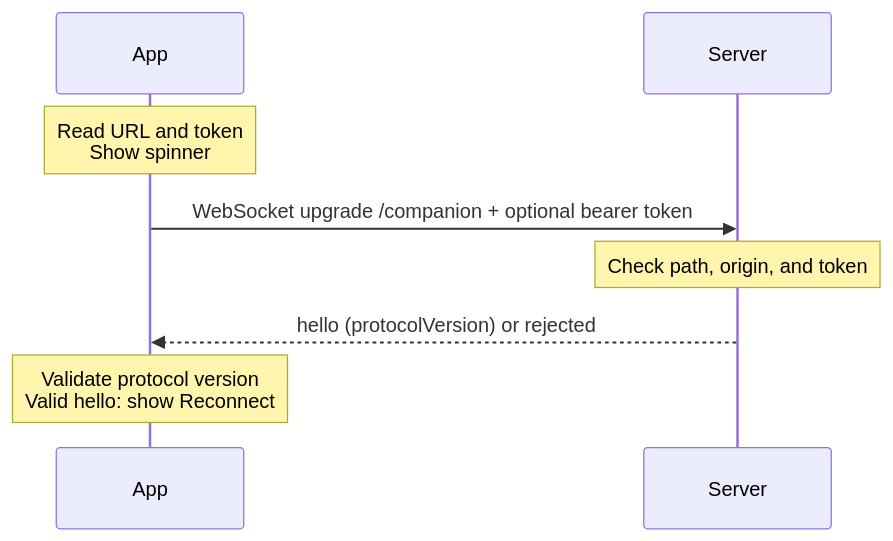
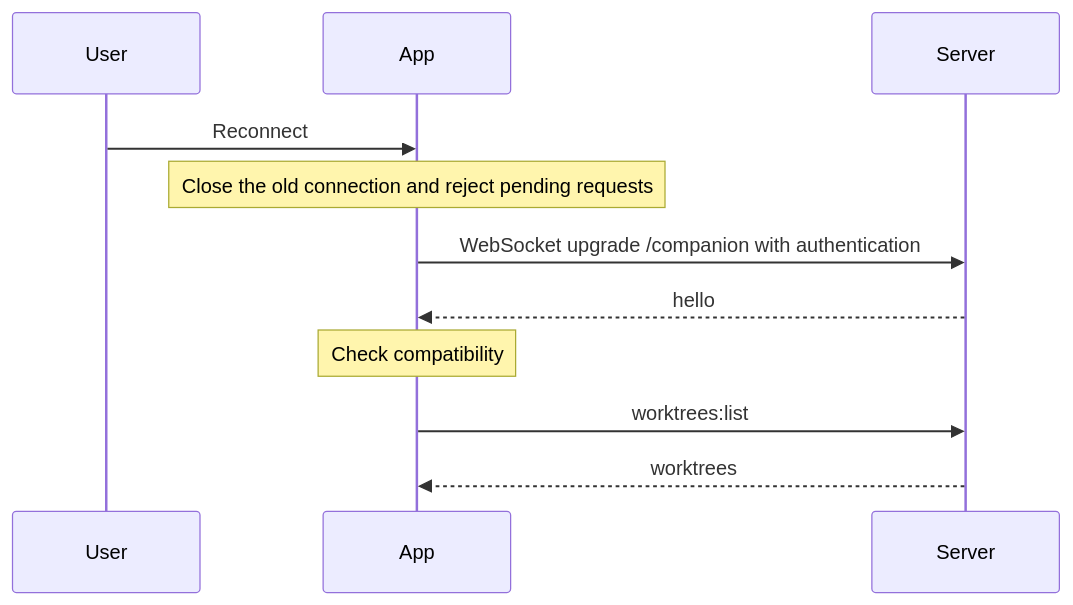
One commit to takeshibaconsuzuki/ade-overlay changed the seventh of 9 diagrams in AGENTS.md. Above: the diagram before and after it, drawn with Mermaid. The commit also changed other lines of this file and 21 other files, not shown here.

````diff
--- a/AGENTS.md
+++ b/AGENTS.md
@@ -73,10 +169,13 @@
 ```mermaid
 sequenceDiagram
+    participant User
     participant App
     participant Server
-    Note over App: Read URL and token<br/>Show spinner
-    App->>Server: WebSocket upgrade /companion + optional bearer token
-    Note over Server: Check path, origin, and token
-    Server-->>App: hello (protocolVersion) or rejected
-    Note over App: Validate protocol version<br/>Valid hello: show Reconnect
+    User->>App: Reconnect
+    Note over App: Close the old connection and reject pending requests
+    App->>Server: WebSocket upgrade /companion with authentication
+    Server-->>App: hello
+    Note over App: Check compatibility
+    App->>Server: worktrees:list
+    Server-->>App: worktrees
 ```
````
